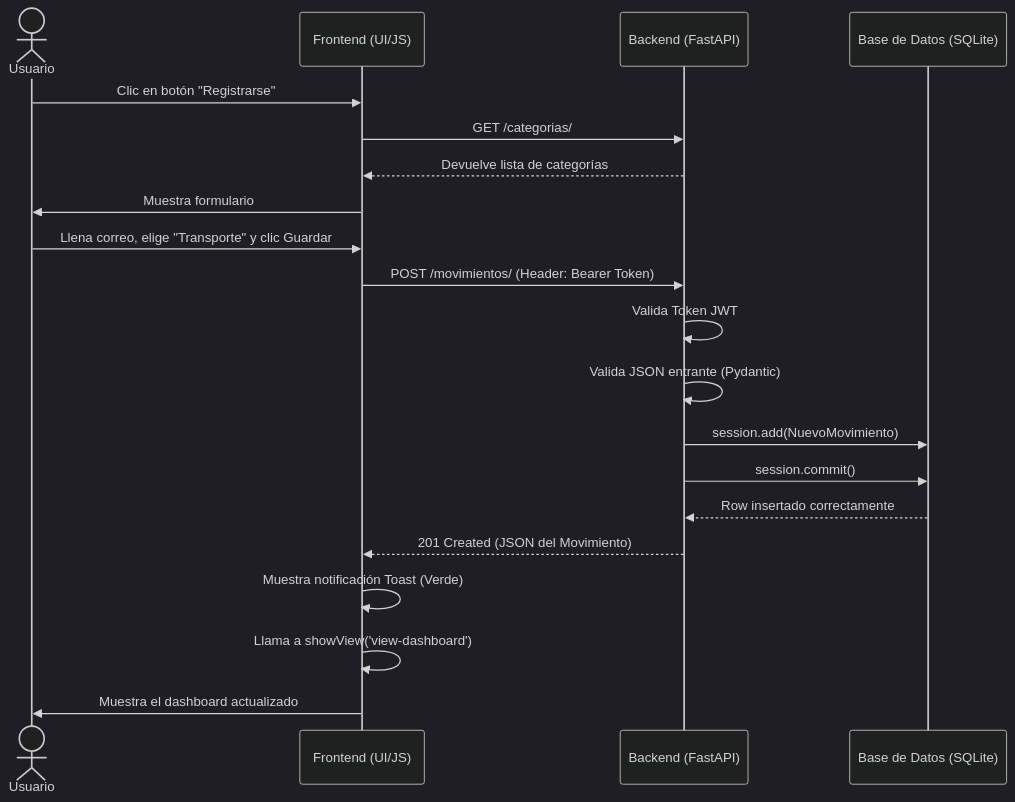
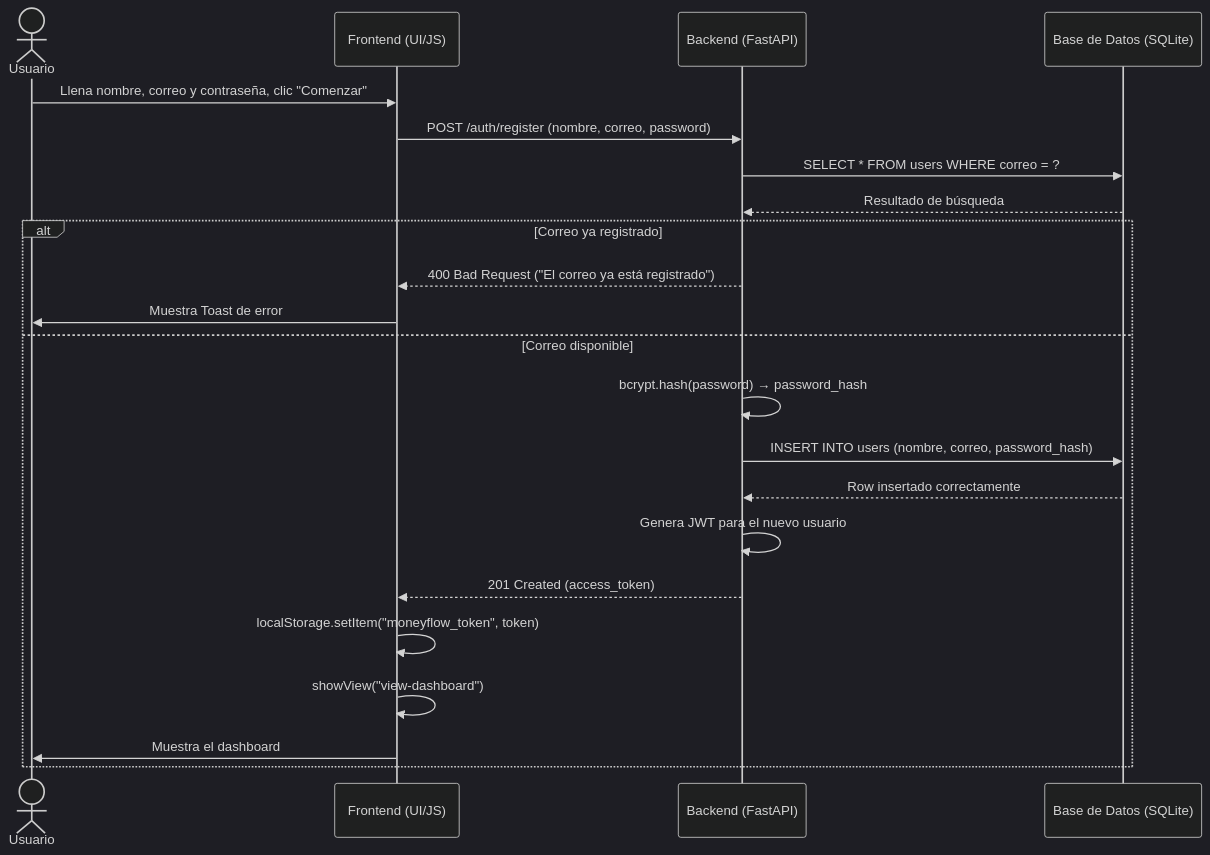
One commit to Chriss0439/MoneyFlow changed the fourth of 10 diagrams in DOCUMENTACION_TECNICA.md. Above: the diagram before and after it, drawn with Mermaid (dark theme). The commit also changed other lines of this file and 1 other file, not shown here.

````diff
--- a/DOCUMENTACION_TECNICA.md
+++ b/DOCUMENTACION_TECNICA.md
@@ -154,27 +170,27 @@
 ```mermaid
 sequenceDiagram
     actor Usuario
     participant UI as Frontend (UI/JS)
     participant API as Backend (FastAPI)
     participant Repo as Base de Datos (SQLite)
 
-    Usuario->>UI: Clic en botón "Registrarse"
-    UI->>API: GET /categorias/
-    API-->>UI: Devuelve lista de categorías
-    UI->>Usuario: Muestra formulario
+    Usuario->>UI: Llena nombre, correo y contraseña, clic "Comenzar"
+    UI->>API: POST /auth/register (nombre, correo, password)
 
-    Usuario->>UI: Llena correo, elige "Transporte" y clic Guardar
-    UI->>API: POST /movimientos/ (Header: Bearer Token)
-    
-    API->>API: Valida Token JWT
-    API->>API: Valida JSON entrante (Pydantic)
-    
-    API->>Repo: session.add(NuevoMovimiento)
-    API->>Repo: session.commit()
-    Repo-->>API: Row insertado correctamente
-    
-    API-->>UI: 201 Created (JSON del Movimiento)
-    UI->>UI: Muestra notificación Toast (Verde)
-    UI->>UI: Llama a showView('view-dashboard')
-    UI->>Usuario: Muestra el dashboard actualizado
+    API->>Repo: SELECT * FROM users WHERE correo = ?
+    Repo-->>API: Resultado de búsqueda
+
+    alt Correo ya registrado
+        API-->>UI: 400 Bad Request ("El correo ya está registrado")
+        UI->>Usuario: Muestra Toast de error
+    else Correo disponible
+        API->>API: bcrypt.hash(password) → password_hash
+        API->>Repo: INSERT INTO users (nombre, correo, password_hash)
+        Repo-->>API: Row insertado correctamente
+        API->>API: Genera JWT para el nuevo usuario
+        API-->>UI: 201 Created (access_token)
+        UI->>UI: localStorage.setItem("moneyflow_token", token)
+        UI->>UI: showView("view-dashboard")
+        UI->>Usuario: Muestra el dashboard
+    end
 ```
````
